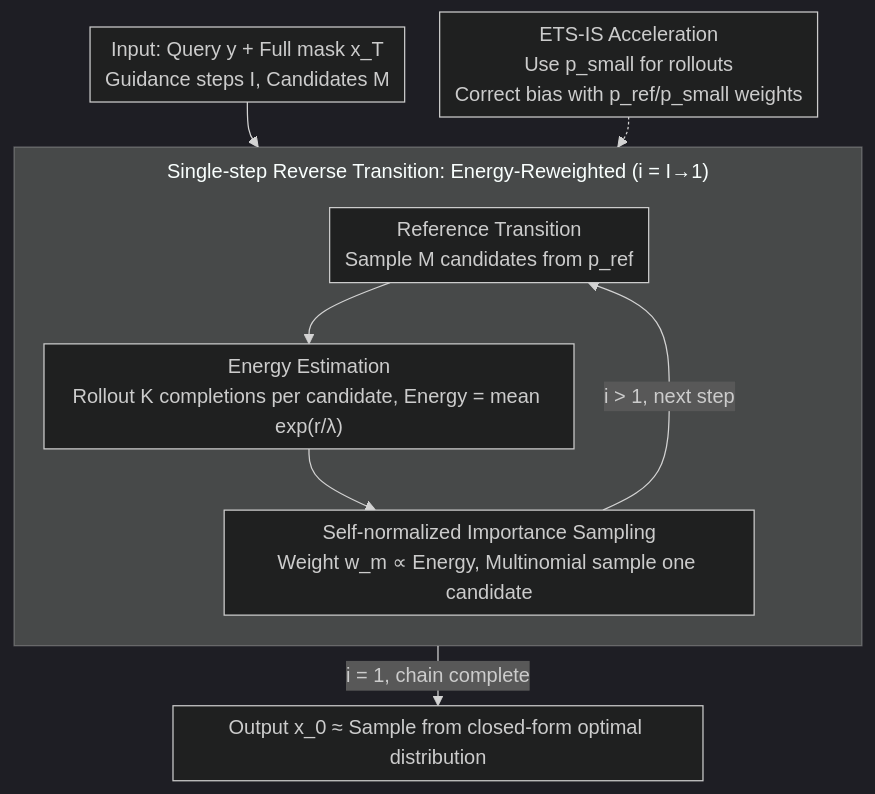
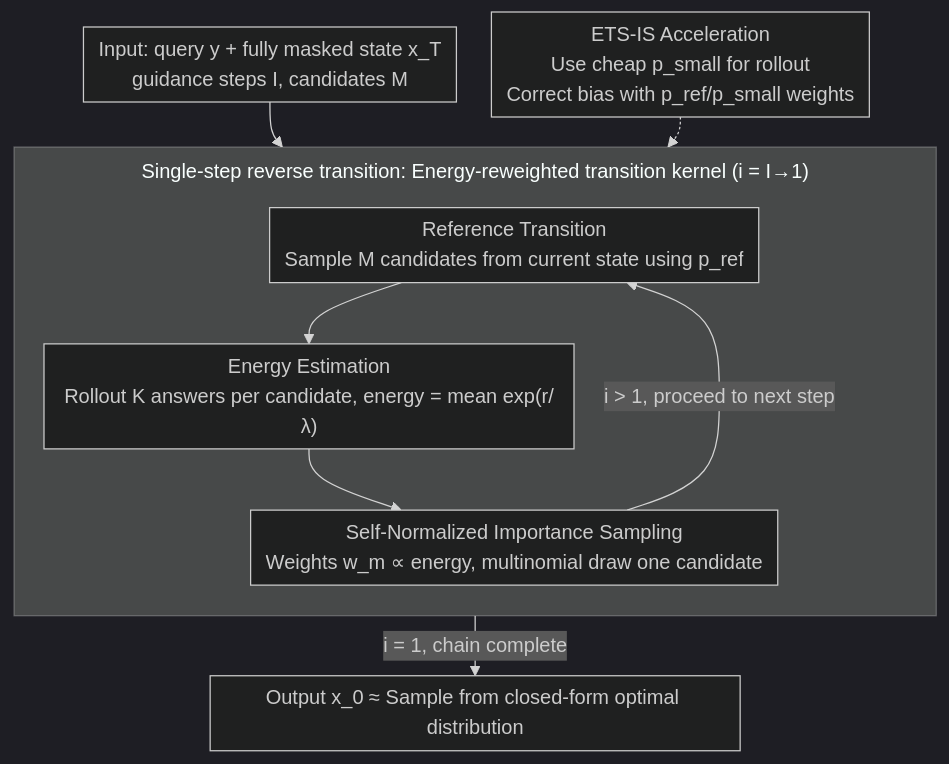
Before and after one commit to zhaoyang97/Paper-Notes-en: the diagram in docs/ICML2026/llm_reasoning/ets_energy-guided_test-time_scaling_for_training-free_rl_alignment.md, drawn with Mermaid (dark theme). The commit also changed other lines of this file and 5084 other files, not shown here.

````diff
--- a/docs/ICML2026/llm_reasoning/ets_energy-guided_test-time_scaling_for_training-free_rl_alignment.md
+++ b/docs/ICML2026/llm_reasoning/ets_energy-guided_test-time_scaling_for_training-free_rl_alignment.md
@@ -43,13 +43,13 @@
 ```mermaid
 %%{init: {'flowchart': {'rankSpacing': 24, 'nodeSpacing': 28, 'padding': 6, 'wrappingWidth': 400, 'subGraphTitleMargin': {'top': 8, 'bottom': 16}}}}%%
 flowchart TD
-    A["Input: Query y + Full mask x_T<br/>Guidance steps I, Candidates M"] --> B
-    subgraph STEP["Single-step Reverse Transition: Energy-Reweighted (i = I→1)"]
+    A["Input: query y + fully masked state x_T<br/>guidance steps I, candidates M"] --> B
+    subgraph STEP["Single-step reverse transition: Energy-reweighted transition kernel (i = I→1)"]
         direction TB
-        B["Reference Transition<br/>Sample M candidates from p_ref"] --> C["Energy Estimation<br/>Rollout K completions per candidate, Energy = mean exp(r/λ)"]
-        C --> D["Self-normalized Importance Sampling<br/>Weight w_m ∝ Energy, Multinomial sample one candidate"]
+        B["Reference Transition<br/>Sample M candidates from current state using p_ref"] --> C["Energy Estimation<br/>Rollout K answers per candidate, energy = mean exp(r/λ)"]
+        C --> D["Self-Normalized Importance Sampling<br/>Weights w_m ∝ energy, multinomial draw one candidate"]
     end
-    F["ETS-IS Acceleration<br/>Use p_small for rollouts<br/>Correct bias with p_ref/p_small weights"] -.-> C
-    D -->|"i > 1, next step"| B
+    F["ETS-IS Acceleration<br/>Use cheap p_small for rollout<br/>Correct bias with p_ref/p_small weights"] -.-> C
+    D -->|"i > 1, proceed to next step"| B
     D -->|"i = 1, chain complete"| E["Output x_0 ≈ Sample from closed-form optimal distribution"]
 ```
````
